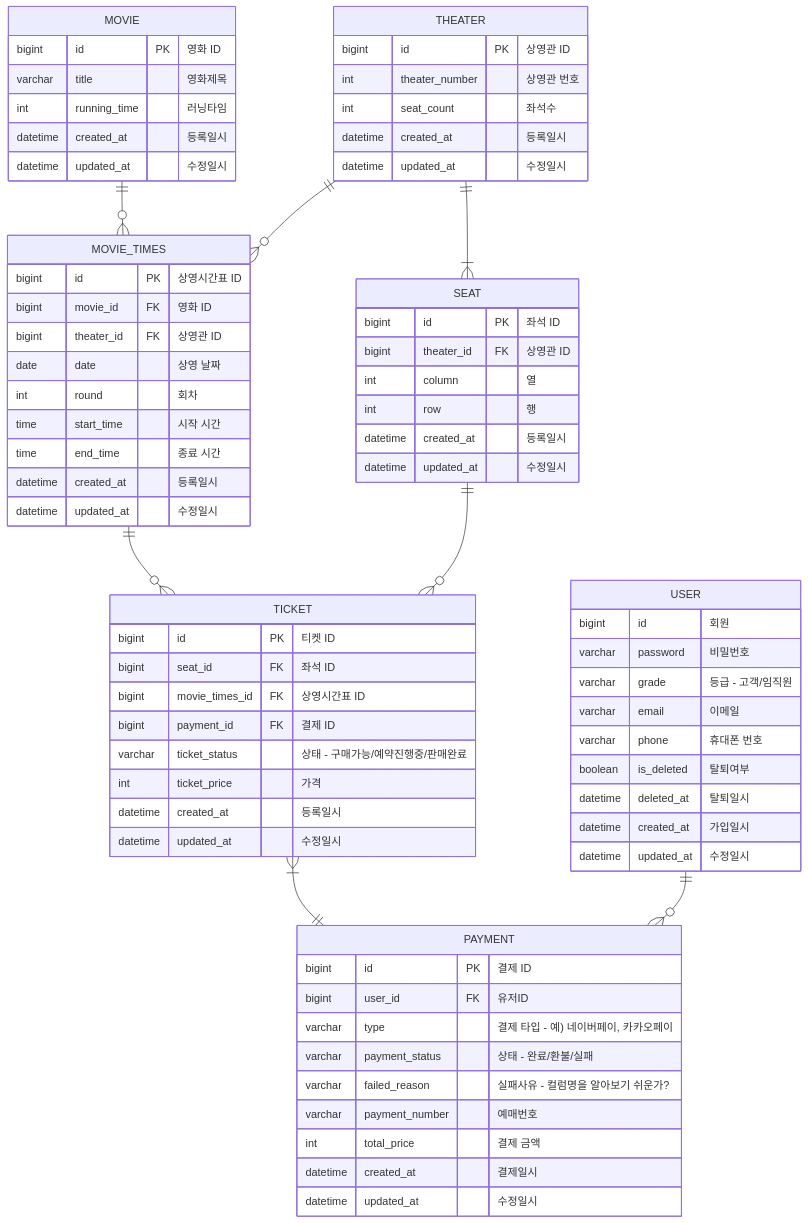
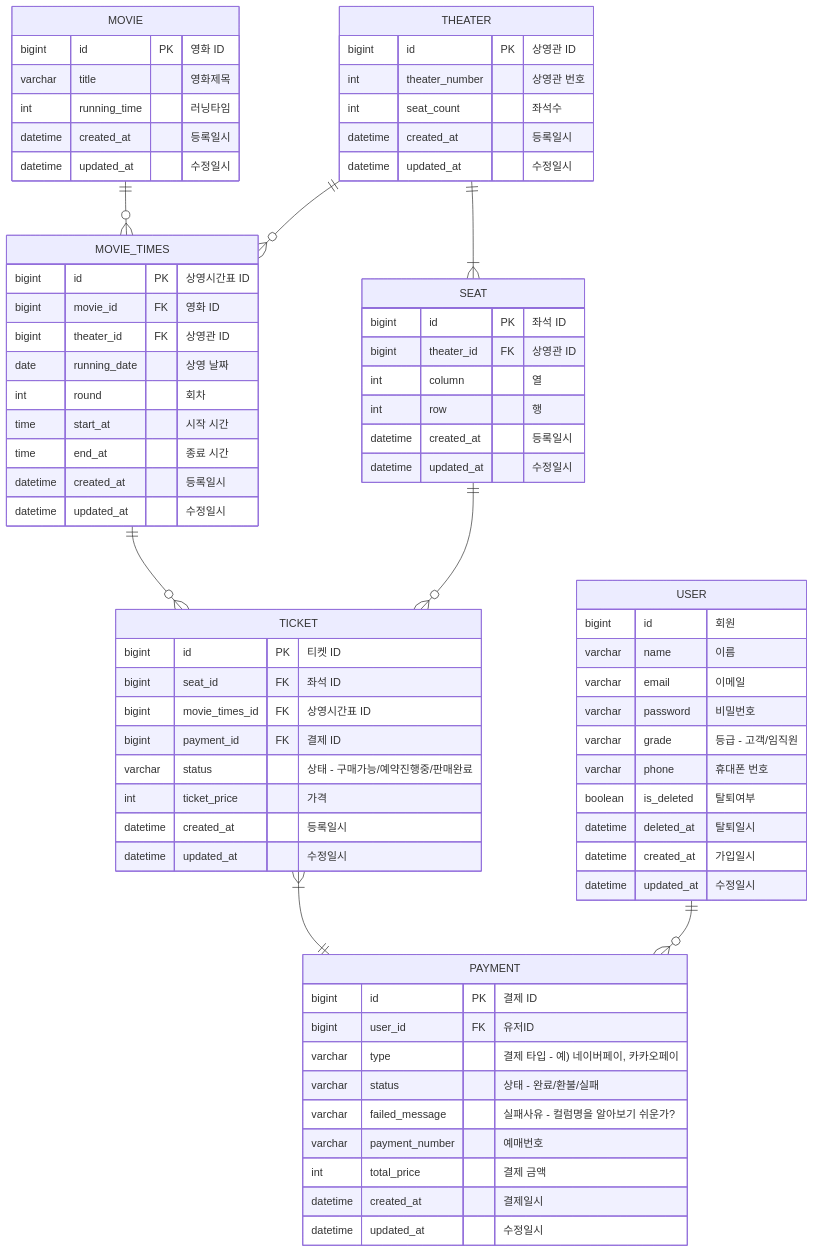
Before and after one commit to f-lab-edu/Ticketing: the diagram in README.md, drawn with Mermaid.

````diff
--- a/README.md
+++ b/README.md
@@ -21,75 +21,76 @@
 ``` mermaid
 erDiagram
     MOVIE ||--o{ MOVIE_TIMES : ""
     MOVIE {
         bigint id PK "영화 ID"
         varchar title "영화제목"
         int running_time "러닝타임"
         datetime created_at "등록일시"
         datetime updated_at "수정일시"
     }
     THEATER ||--o{ MOVIE_TIMES : ""
     THEATER ||--|{ SEAT : ""
     THEATER {
         bigint id PK "상영관 ID"
         int theater_number "상영관 번호"
         int seat_count "좌석수"
         datetime created_at "등록일시"
         datetime updated_at "수정일시"
     }
     SEAT ||--o{ TICKET : ""
     SEAT {
         bigint id PK "좌석 ID"
         bigint theater_id FK "상영관 ID"
         int column "열"
         int row "행"
         datetime created_at "등록일시"
         datetime updated_at "수정일시"
     }
     MOVIE_TIMES ||--o{ TICKET : ""
     MOVIE_TIMES {
         bigint id PK "상영시간표 ID"
         bigint movie_id FK "영화 ID"
         bigint theater_id FK "상영관 ID"
-        date date "상영 날짜"
+        date running_date "상영 날짜"
         int round "회차"
-        time start_time "시작 시간"
-        time end_time "종료 시간"
+        time start_at "시작 시간"
+        time end_at "종료 시간"
         datetime created_at "등록일시"
         datetime updated_at "수정일시"
     }
     TICKET {
         bigint id PK "티켓 ID"
         bigint seat_id FK "좌석 ID"
         bigint movie_times_id FK "상영시간표 ID"
         bigint payment_id FK "결제 ID"
-        varchar ticket_status "상태 - 구매가능/예약진행중/판매완료"
+        varchar status "상태 - 구매가능/예약진행중/판매완료"
         int ticket_price "가격"
         datetime created_at "등록일시"
         datetime updated_at "수정일시"
     }
     TICKET }|--|| PAYMENT : ""
     PAYMENT {
         bigint id PK "결제 ID"
         bigint user_id FK "유저ID"
         varchar type "결제 타입 - 예) 네이버페이, 카카오페이"
-        varchar payment_status "상태 - 완료/환불/실패"
-        varchar failed_reason "실패사유 - 컬럼명을 알아보기 쉬운가?"
+        varchar status "상태 - 완료/환불/실패"
+        varchar failed_message "실패사유 - 컬럼명을 알아보기 쉬운가?"
         varchar payment_number "예매번호"
         int total_price "결제 금액"
         datetime created_at "결제일시"
         datetime updated_at "수정일시"
     }
     USER ||--o{ PAYMENT : ""
     USER {
         bigint id "회원"
+        varchar name "이름"
+        varchar email "이메일"
         varchar password "비밀번호"
         varchar grade "등급 - 고객/임직원"
-        varchar email "이메일"
         varchar phone "휴대폰 번호"
         boolean is_deleted "탈퇴여부"
         datetime deleted_at "탈퇴일시"
         datetime created_at "가입일시"
         datetime updated_at "수정일시"
     }
 ```
````
